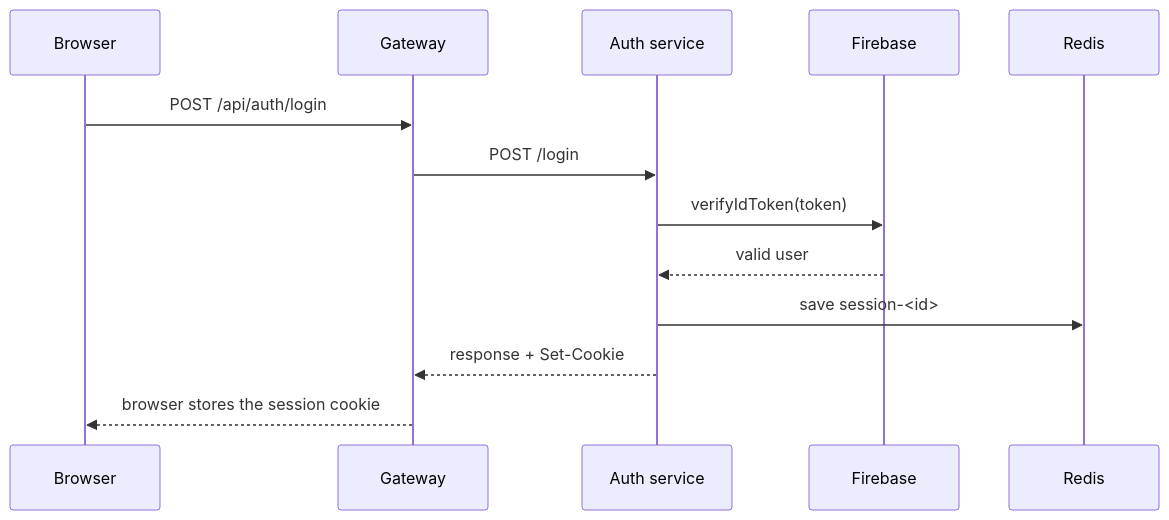
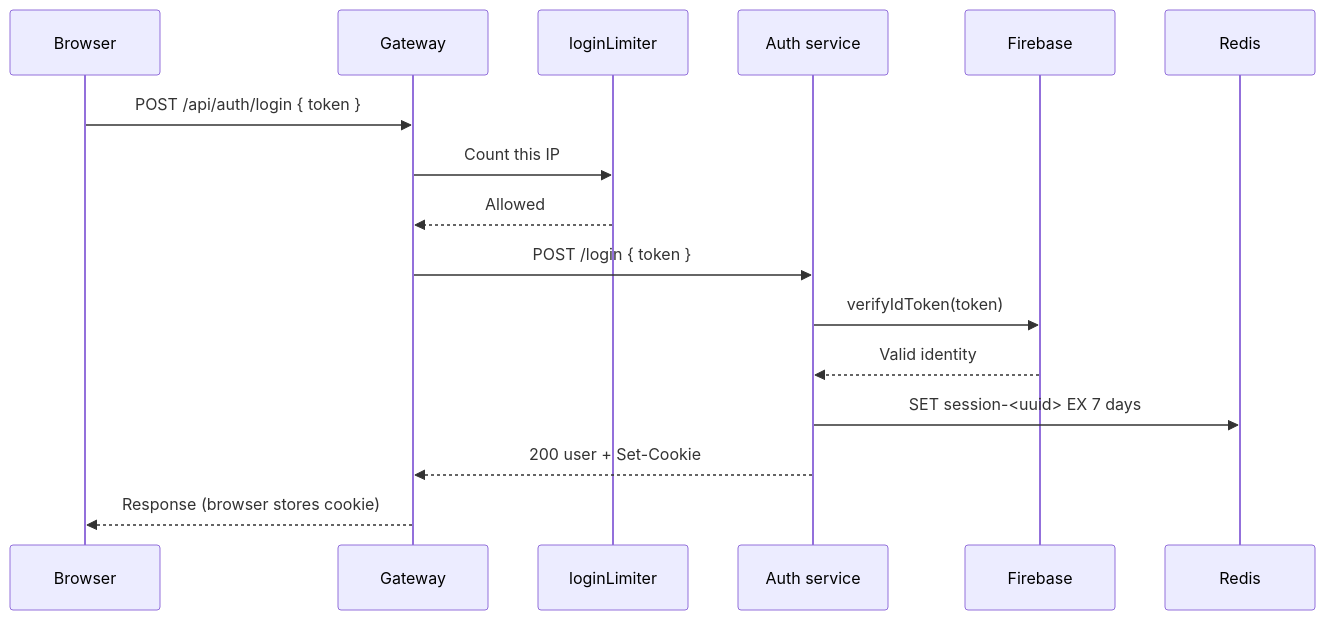
Before and after one commit to yamanhassan1/NexPulse: the third of 4 diagrams in docs/backend/gateway.md, drawn with Mermaid. The commit also changed other lines of this file and 33 other files, not shown here.

Commit message:
docs: add contributing, deployment, troubleshooting, and reference guides; update roadmap

````diff
--- a/docs/backend/gateway.md
+++ b/docs/backend/gateway.md
@@ -72,16 +264,19 @@
 ```mermaid
 sequenceDiagram
     participant B as Browser
     participant G as Gateway
+    participant L as loginLimiter
     participant A as Auth service
     participant F as Firebase
     participant R as Redis
 
-    B->>G: POST /api/auth/login
-    G->>A: POST /login
+    B->>G: POST /api/auth/login { token }
+    G->>L: Count this IP
+    L-->>G: Allowed
+    G->>A: POST /login { token }
     A->>F: verifyIdToken(token)
-    F-->>A: valid user
-    A->>R: save session-<id>
-    A-->>G: response + Set-Cookie
-    G-->>B: browser stores the session cookie
+    F-->>A: Valid identity
+    A->>R: SET session-<uuid> EX 7 days
+    A-->>G: 200 user + Set-Cookie
+    G-->>B: Response (browser stores cookie)
 ```
````
